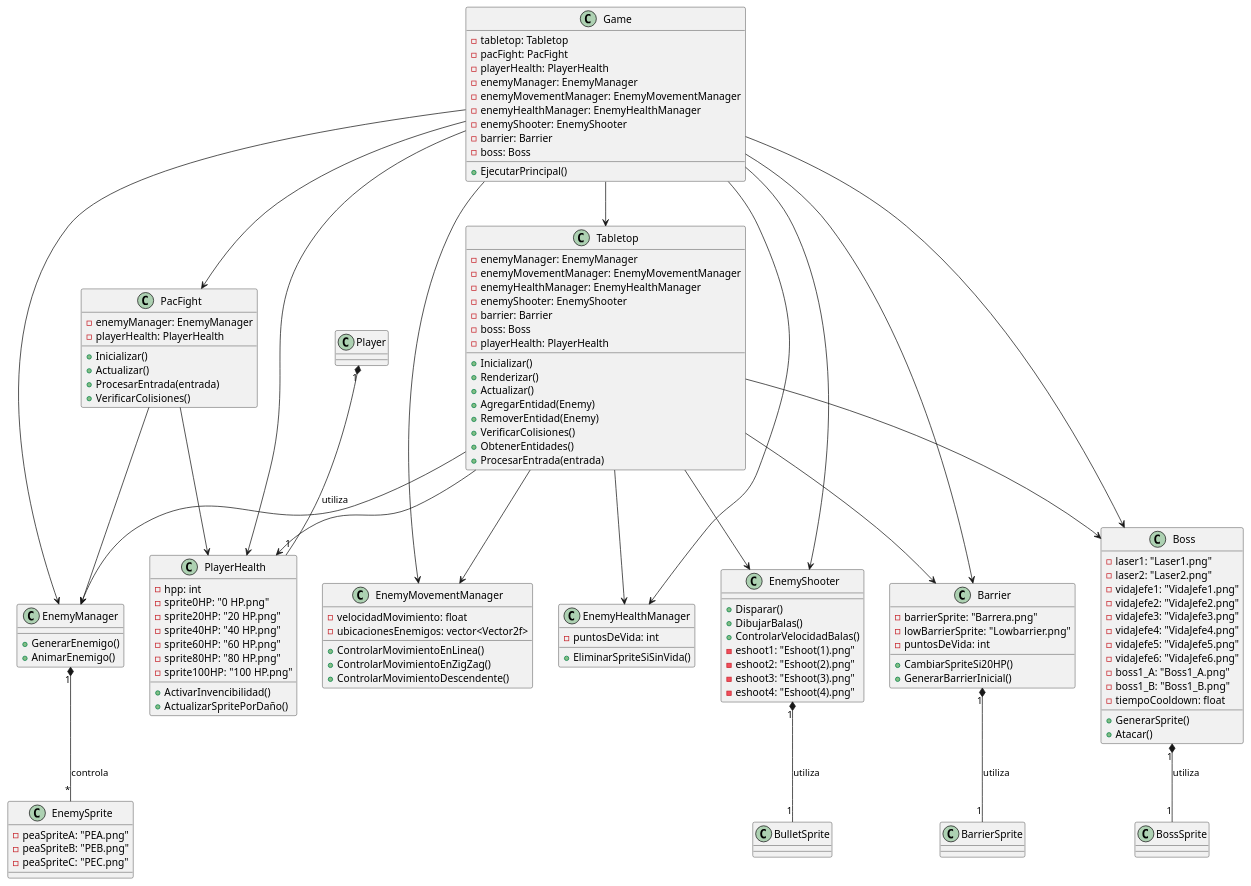
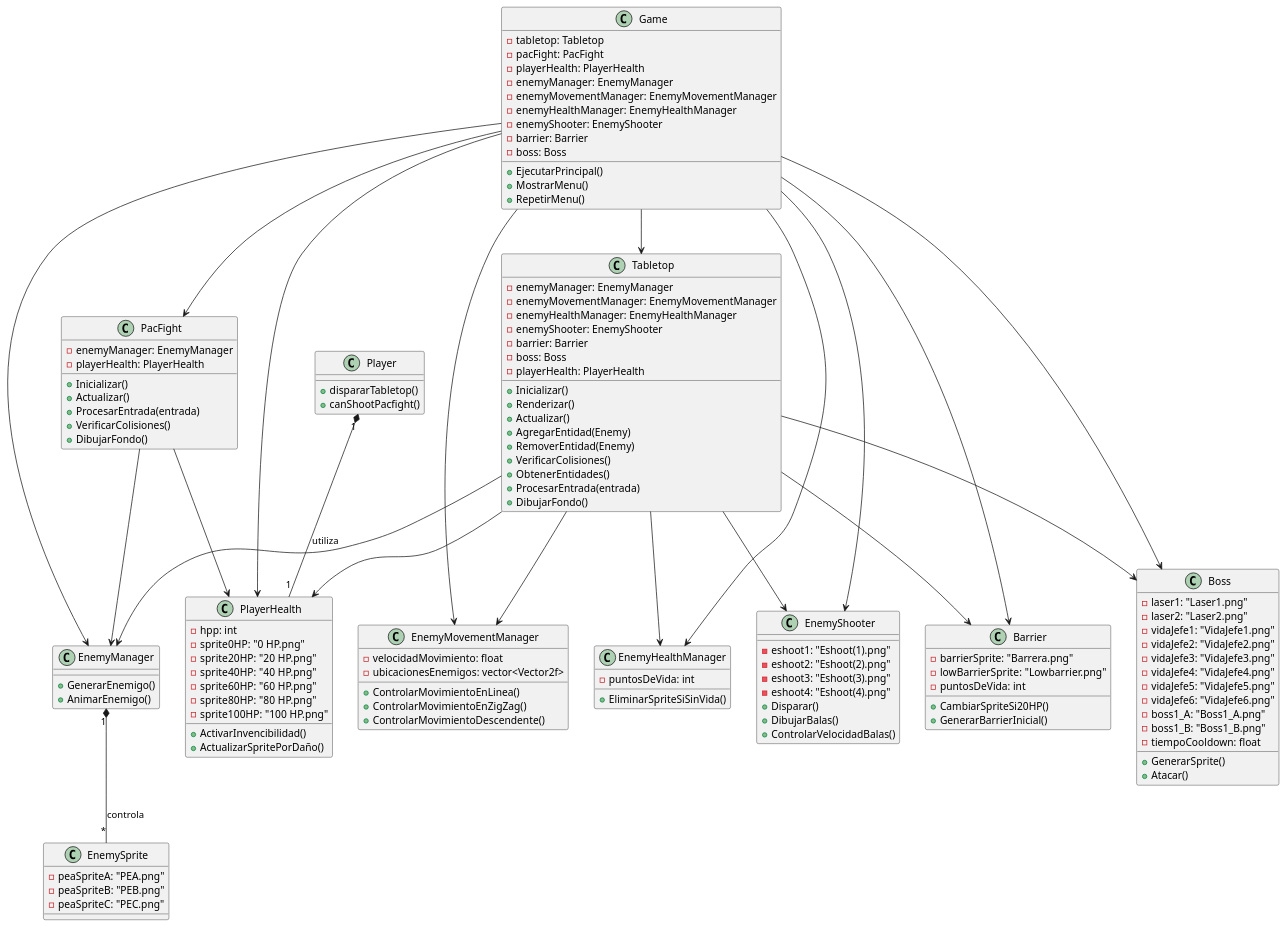
One commit to 24110280-Braulio/Space-Invaders changed the diagram in docs/Diagrama.PUML. Above: the diagram before and after it, drawn with PlantUML.

Commit message:
Instancias

```diff
--- a/docs/Diagrama.PUML
+++ b/docs/Diagrama.PUML
@@ -1,142 +1,148 @@
 @startuml SpaceInvaders
 
 ' Clases principales
 class Game {
     - tabletop: Tabletop
     - pacFight: PacFight
     - playerHealth: PlayerHealth
     - enemyManager: EnemyManager
     - enemyMovementManager: EnemyMovementManager
     - enemyHealthManager: EnemyHealthManager
     - enemyShooter: EnemyShooter
     - barrier: Barrier
     - boss: Boss
     + EjecutarPrincipal()
+    + MostrarMenu()
+    + RepetirMenu()
 }
 
 class Tabletop {
     - enemyManager: EnemyManager
     - enemyMovementManager: EnemyMovementManager
     - enemyHealthManager: EnemyHealthManager
     - enemyShooter: EnemyShooter
     - barrier: Barrier
     - boss: Boss
     - playerHealth: PlayerHealth
     + Inicializar()
     + Renderizar()
     + Actualizar()
     + AgregarEntidad(Enemy)
     + RemoverEntidad(Enemy)
     + VerificarColisiones()
     + ObtenerEntidades()
     + ProcesarEntrada(entrada)
+    + DibujarFondo()
 }
 
 class PacFight {
     - enemyManager: EnemyManager
     - playerHealth: PlayerHealth
     + Inicializar()
     + Actualizar()
     + ProcesarEntrada(entrada)
     + VerificarColisiones()
+    + DibujarFondo()
 }
 
 class EnemyManager {
     + GenerarEnemigo()
     + AnimarEnemigo()
 }
 
 class EnemyMovementManager {
     - velocidadMovimiento: float
     - ubicacionesEnemigos: vector<Vector2f>
     + ControlarMovimientoEnLinea()
     + ControlarMovimientoEnZigZag()
     + ControlarMovimientoDescendente()
 }
 
 class EnemyHealthManager {
     - puntosDeVida: int
     + EliminarSpriteSiSinVida()
 }
 
 class EnemyShooter {
+     - eshoot1: "Eshoot(1).png"
+    - eshoot2: "Eshoot(2).png"
+    - eshoot3: "Eshoot(3).png"
+    - eshoot4: "Eshoot(4).png"
     + Disparar()
     + DibujarBalas()
     + ControlarVelocidadBalas()
-    - eshoot1: "Eshoot(1).png"
-    - eshoot2: "Eshoot(2).png"
-    - eshoot3: "Eshoot(3).png"
-    - eshoot4: "Eshoot(4).png"
 }
 
 class Barrier {
     - barrierSprite: "Barrera.png"
     - lowBarrierSprite: "Lowbarrier.png"
     - puntosDeVida: int
     + CambiarSpriteSi20HP()
     + GenerarBarrierInicial()
 }
 
 class Boss {
     - laser1: "Laser1.png"
     - laser2: "Laser2.png"
     - vidaJefe1: "VidaJefe1.png"
     - vidaJefe2: "VidaJefe2.png"
     - vidaJefe3: "VidaJefe3.png"
     - vidaJefe4: "VidaJefe4.png"
     - vidaJefe5: "VidaJefe5.png"
     - vidaJefe6: "VidaJefe6.png"
     - boss1_A: "Boss1_A.png"
     - boss1_B: "Boss1_B.png"
     + GenerarSprite()
     + Atacar()
     - tiempoCooldown: float
 }
 
 class PlayerHealth {
     - hpp: int
     - sprite0HP: "0 HP.png"
     - sprite20HP: "20 HP.png"
     - sprite40HP: "40 HP.png"
     - sprite60HP: "60 HP.png"
     - sprite80HP: "80 HP.png"
     - sprite100HP: "100 HP.png"
     + ActivarInvencibilidad()
     + ActualizarSpritePorDaño()
 }
 
 class EnemySprite {
     - peaSpriteA: "PEA.png"
     - peaSpriteB: "PEB.png"
     - peaSpriteC: "PEC.png"
 }
 
+class Player {
+    + dispararTabletop()
+    + canShootPacfight()
+}
+
 ' Relaciones
 Game --> Tabletop
 Game --> PacFight
 Game --> PlayerHealth
 Game --> EnemyManager
 Game --> EnemyMovementManager
 Game --> EnemyHealthManager
 Game --> EnemyShooter
 Game --> Barrier
 Game --> Boss
 
 Tabletop --> EnemyManager
 Tabletop --> EnemyMovementManager
 Tabletop --> EnemyHealthManager
 Tabletop --> EnemyShooter
 Tabletop --> Barrier
 Tabletop --> Boss
 Tabletop --> PlayerHealth
 
 PacFight --> EnemyManager
 PacFight --> PlayerHealth
 
 Player "1" *-- "1" PlayerHealth : utiliza
 EnemyManager "1" *-- "*" EnemySprite : controla
-Boss "1" *-- "1" BossSprite : utiliza
-Barrier "1" *-- "1" BarrierSprite : utiliza
-EnemyShooter "1" *-- "1" BulletSprite : utiliza
 
 @enduml
```
